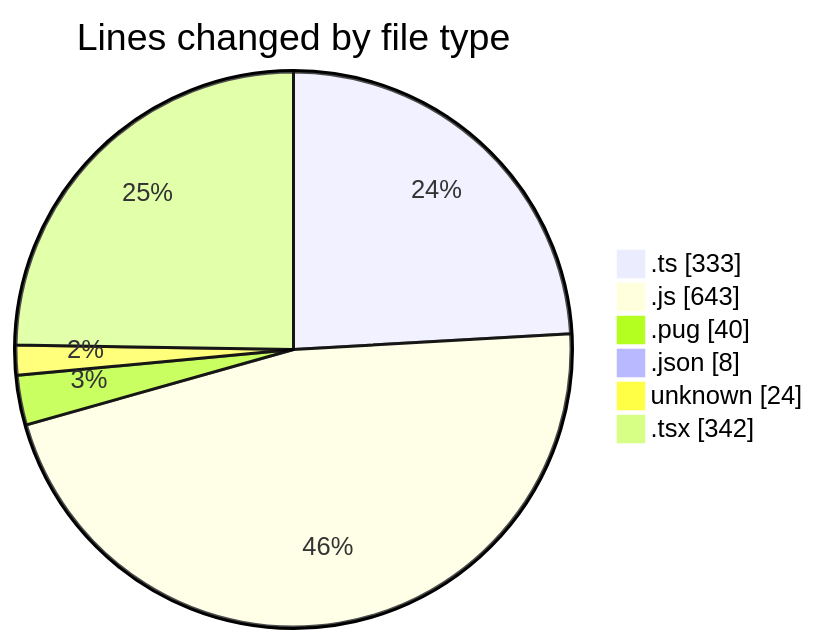
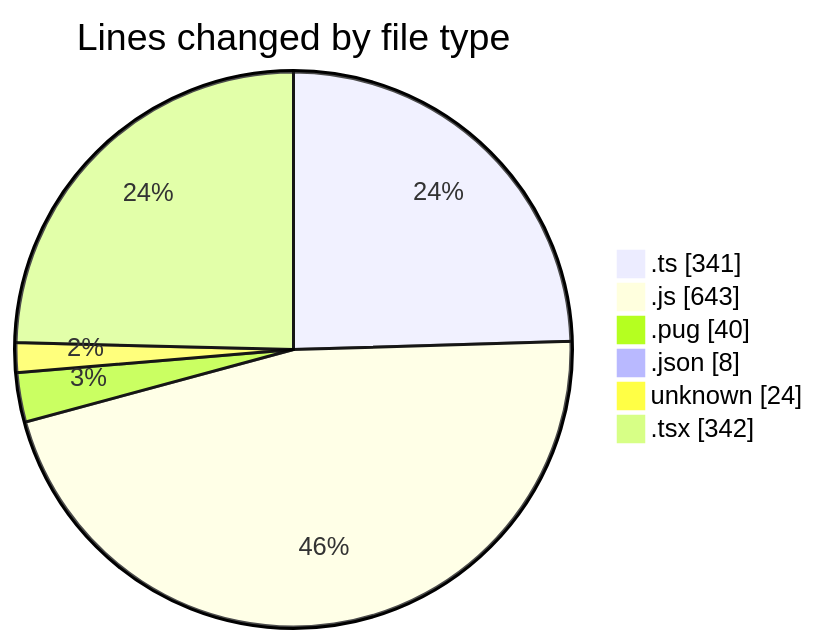
Before and after one commit to momahboobian/code-tracking: the first of 2 diagrams in 2025-02-25/cda/README.md, drawn with Mermaid. The commit also changed other lines of this file and 1 other file, not shown here.

````diff
--- a/2025-02-25/cda/README.md
+++ b/2025-02-25/cda/README.md
@@ -35,10 +35,10 @@
 ```mermaid
 pie showData
 title Lines changed by file type
-".ts" : 333
+".ts" : 341
 ".js" : 643
 ".pug" : 40
 ".json" : 8
 "unknown" : 24
 ".tsx" : 342
 ```
````
